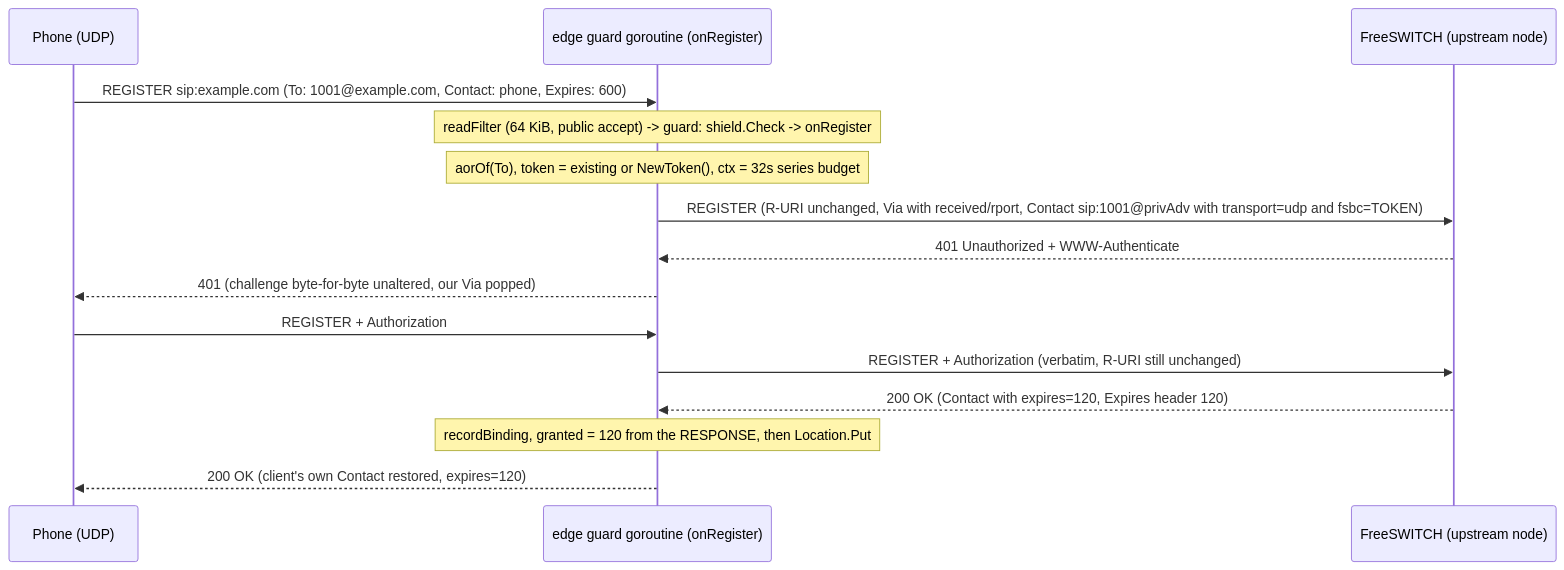
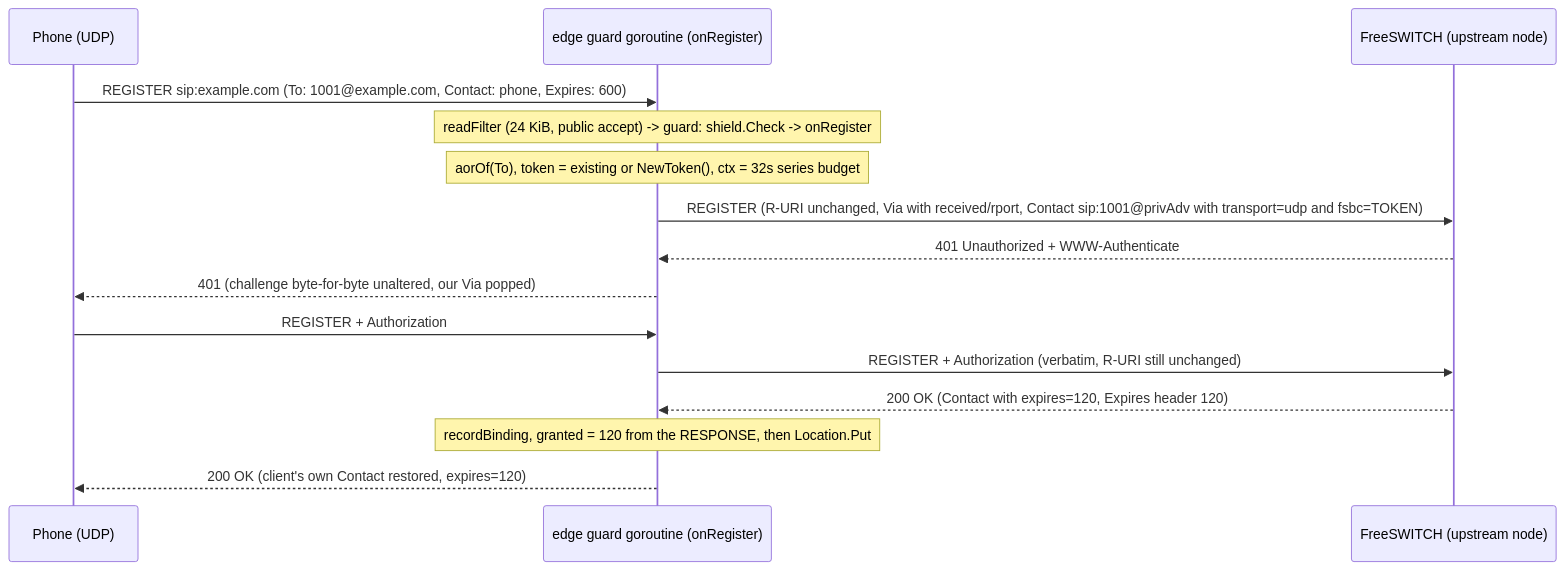
Before and after one commit to rasonyang/freesbc: the tenth of 19 diagrams in docs/design.md, drawn with Mermaid. The commit also changed other lines of this file and 11 other files, not shown here.

````diff
--- a/docs/design.md
+++ b/docs/design.md
@@ -2328,18 +2336,18 @@
 ```mermaid
 sequenceDiagram
     participant P as Phone (UDP)
     participant G as edge guard goroutine (onRegister)
     participant FS as FreeSWITCH (upstream node)
 
     P->>G: REGISTER sip:example.com (To: 1001@example.com, Contact: phone, Expires: 600)
-    Note over G: readFilter (64 KiB, public accept) -> guard: shield.Check -> onRegister
+    Note over G: readFilter (24 KiB, public accept) -> guard: shield.Check -> onRegister
     Note over G: aorOf(To), token = existing or NewToken(), ctx = 32s series budget
     G->>FS: REGISTER (R-URI unchanged, Via with received/rport, Contact sip:1001@privAdv with transport=udp and fsbc=TOKEN)
     FS-->>G: 401 Unauthorized + WWW-Authenticate
     G-->>P: 401 (challenge byte-for-byte unaltered, our Via popped)
     P->>G: REGISTER + Authorization
     G->>FS: REGISTER + Authorization (verbatim, R-URI still unchanged)
     FS-->>G: 200 OK (Contact with expires=120, Expires header 120)
     Note over G: recordBinding, granted = 120 from the RESPONSE, then Location.Put
     G-->>P: 200 OK (client's own Contact restored, expires=120)
 ```
````
